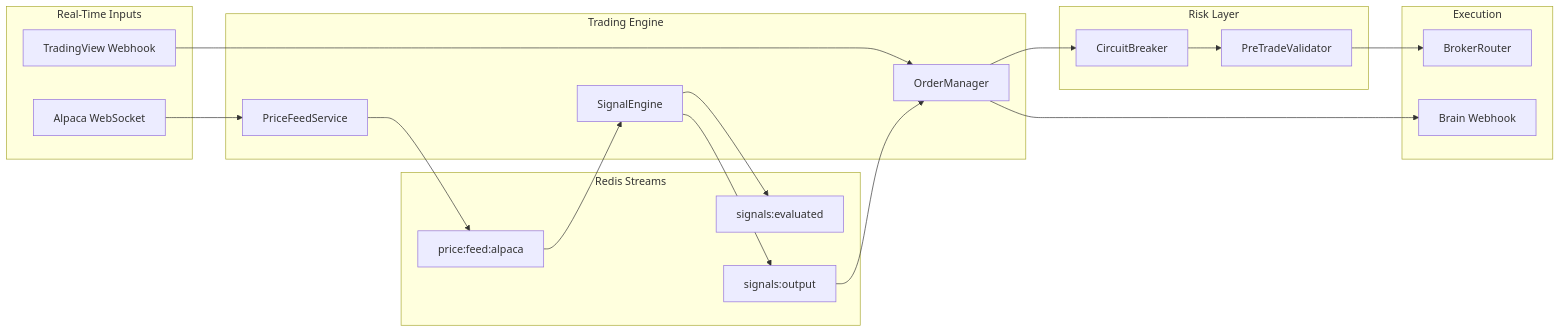
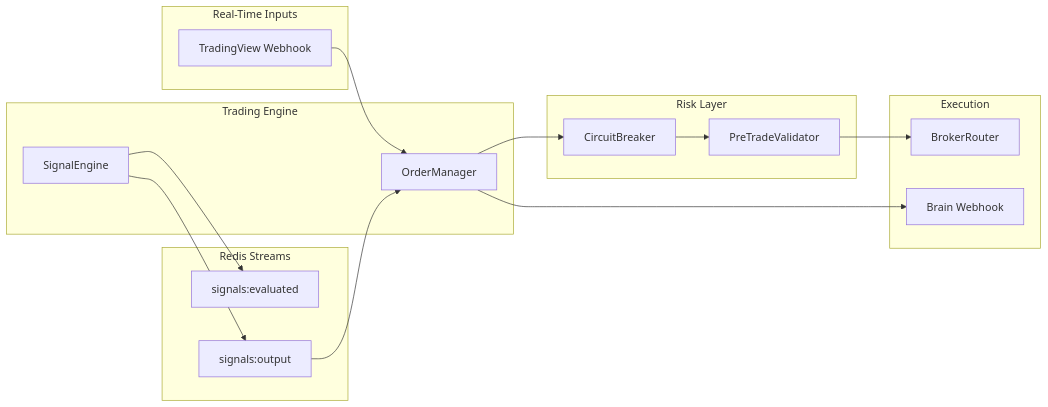
One commit to paperwork-labs/paperwork changed the fourth of 6 diagrams in docs/ARCHITECTURE.md. Above: the diagram before and after it, drawn with Mermaid. The commit also changed other lines of this file and 30 other files, not shown here.

````diff
--- a/docs/ARCHITECTURE.md
+++ b/docs/ARCHITECTURE.md
@@ -458,36 +457,32 @@
 ```mermaid
 flowchart LR
     subgraph inputs ["Real-Time Inputs"]
-        Alpaca["Alpaca WebSocket"]
         TV["TradingView Webhook"]
     end
 
     subgraph streams ["Redis Streams"]
-        PriceFeed["price:feed:alpaca"]
         SignalsEval["signals:evaluated"]
         SignalsOut["signals:output"]
     end
 
     subgraph engine ["Trading Engine"]
-        PFS["PriceFeedService"]
         SE["SignalEngine"]
         OM["OrderManager"]
     end
 
     subgraph risk ["Risk Layer"]
         CB["CircuitBreaker"]
         PTV["PreTradeValidator"]
     end
 
-    subgraph exec ["Execution"]
+    subgraph execLayer ["Execution"]
         BR["BrokerRouter"]
         Brain["Brain Webhook"]
     end
 
-    Alpaca --> PFS --> PriceFeed
     TV --> OM
-    PriceFeed --> SE --> SignalsEval
+    SE --> SignalsEval
     SE --> SignalsOut --> OM
     OM --> CB --> PTV --> BR
     OM --> Brain
 ```
````
